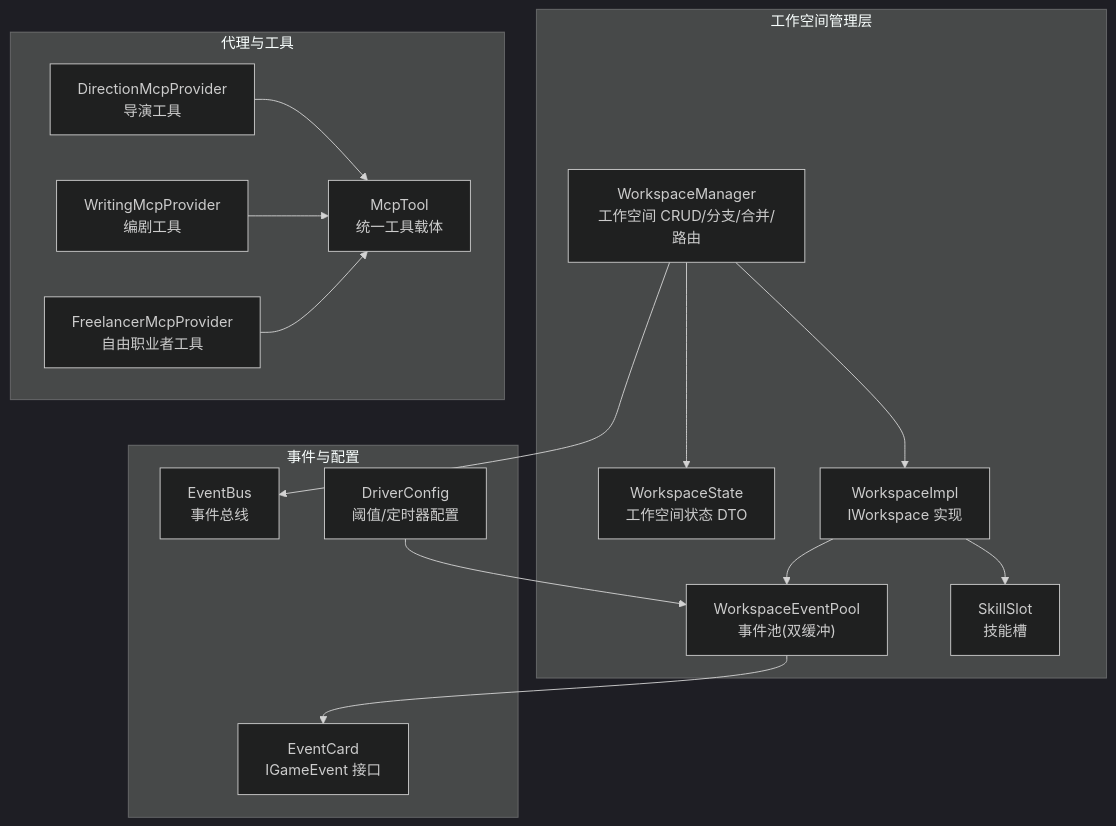
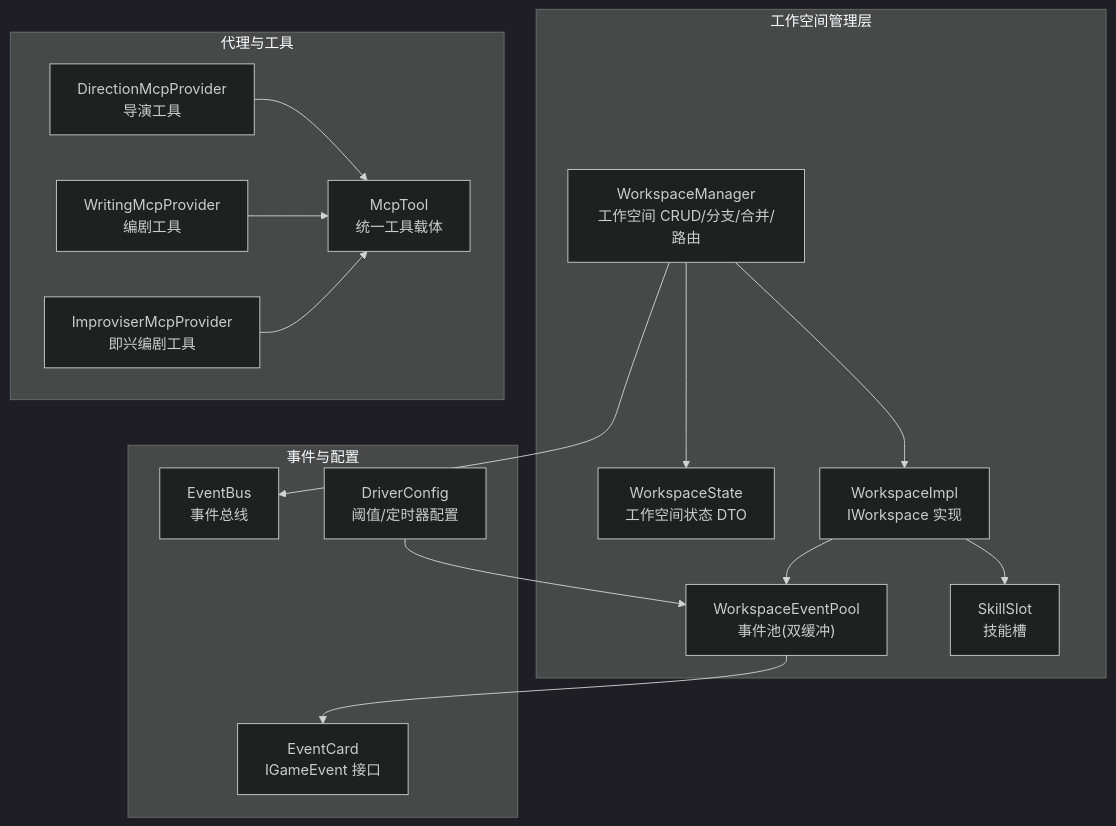
One commit to suzvka/RimLife changed the first of 8 diagrams in .qoder/repowiki/zh/content/智能叙事系统/智能叙事系统.md. Above: the diagram before and after it, drawn with Mermaid (dark theme). The commit also changed other lines of this file and 26 other files, not shown here.

````diff
--- a/.qoder/repowiki/zh/content/智能叙事系统/智能叙事系统.md
+++ b/.qoder/repowiki/zh/content/智能叙事系统/智能叙事系统.md
@@ -39,31 +50,31 @@
 ```mermaid
 graph TB
 subgraph "工作空间管理层"
 WM["WorkspaceManager<br/>工作空间 CRUD/分支/合并/路由"]
 WS["WorkspaceState<br/>工作空间状态 DTO"]
 WI["WorkspaceImpl<br/>IWorkspace 实现"]
 ES["WorkspaceEventPool<br/>事件池(双缓冲)"]
 SK["SkillSlot<br/>技能槽"]
 end
 subgraph "代理与工具"
 DIR["DirectionMcpProvider<br/>导演工具"]
 SCR["WritingMcpProvider<br/>编剧工具"]
-FRE["FreelancerMcpProvider<br/>自由职业者工具"]
+IMP["ImproviserMcpProvider<br/>即兴编剧工具"]
 MCPT["McpTool<br/>统一工具载体"]
 end
 subgraph "事件与配置"
 EVT["EventCard<br/>IGameEvent 接口"]
 BUS["EventBus<br/>事件总线"]
 CFG["DriverConfig<br/>阈值/定时器配置"]
 end
 WM --> WI
 WI --> ES
 WI --> SK
 WM --> WS
 DIR --> MCPT
 SCR --> MCPT
-FRE --> MCPT
+IMP --> MCPT
 ES --> EVT
 WM --> BUS
 CFG --> ES
 ```
````
